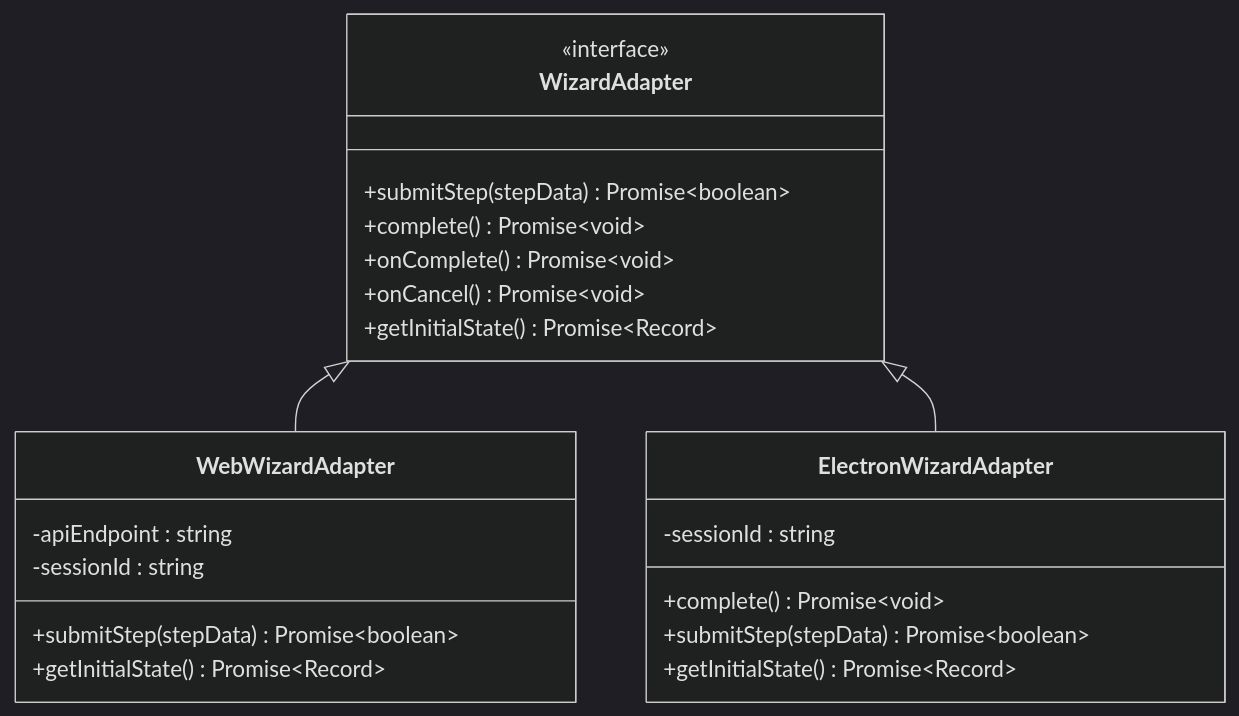
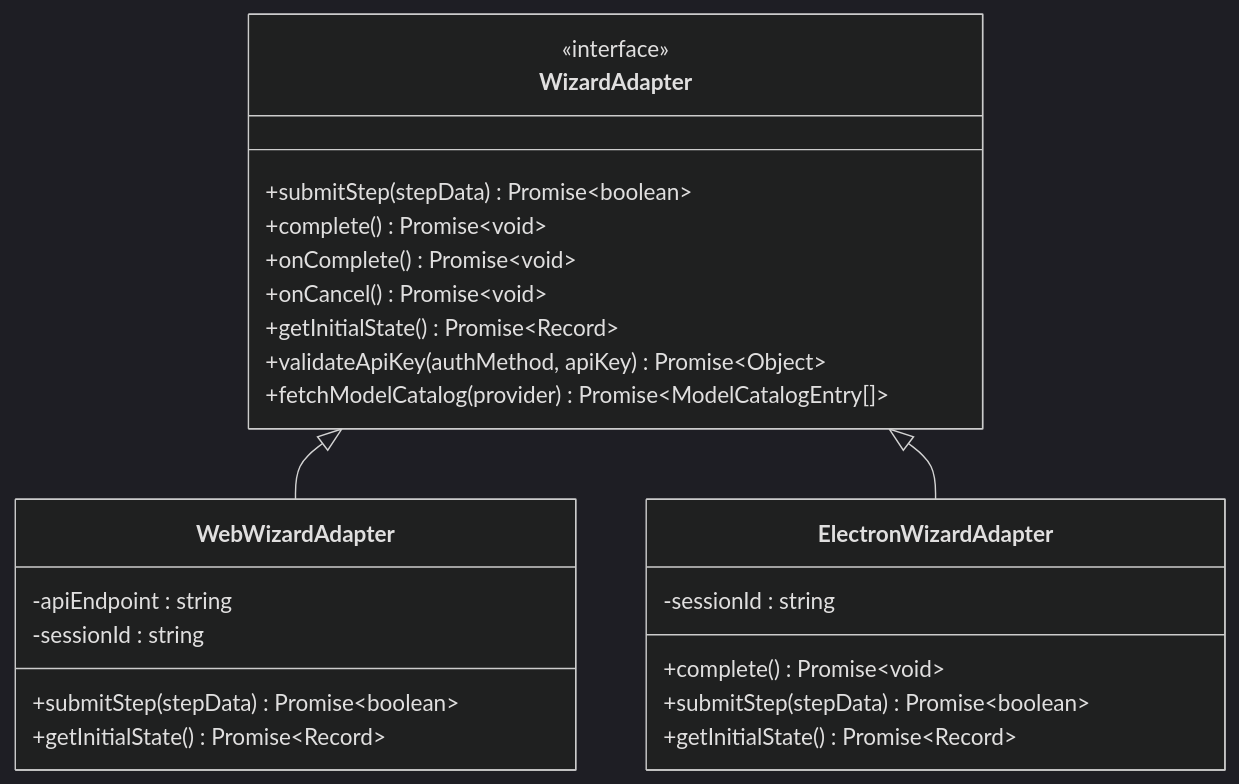
One commit to verse-ai-org/openclaw changed the second of 8 diagrams in .qoder/repowiki/zh/content/设置向导适配器.md. Above: the diagram before and after it, drawn with Mermaid (dark theme). The commit also changed other lines of this file and 34 other files, not shown here.

````diff
--- a/.qoder/repowiki/zh/content/设置向导适配器.md
+++ b/.qoder/repowiki/zh/content/设置向导适配器.md
@@ -92,25 +87,27 @@
 ```mermaid
 classDiagram
 class WizardAdapter {
 <<interface>>
 +submitStep(stepData) Promise~boolean~
 +complete() Promise~void~
 +onComplete() Promise~void~
 +onCancel() Promise~void~
 +getInitialState() Promise~Record~
++validateApiKey(authMethod, apiKey) Promise~Object~
++fetchModelCatalog(provider) Promise~ModelCatalogEntry[]~
 }
 class WebWizardAdapter {
 -apiEndpoint : string
 -sessionId : string
 +submitStep(stepData) Promise~boolean~
 +getInitialState() Promise~Record~
 }
 class ElectronWizardAdapter {
 -sessionId : string
 +complete() Promise~void~
 +submitStep(stepData) Promise~boolean~
 +getInitialState() Promise~Record~
 }
 WizardAdapter <|-- WebWizardAdapter
 WizardAdapter <|-- ElectronWizardAdapter
 ```
````
